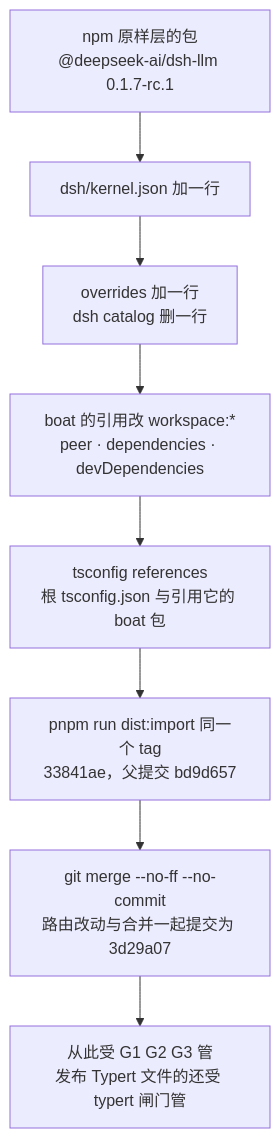
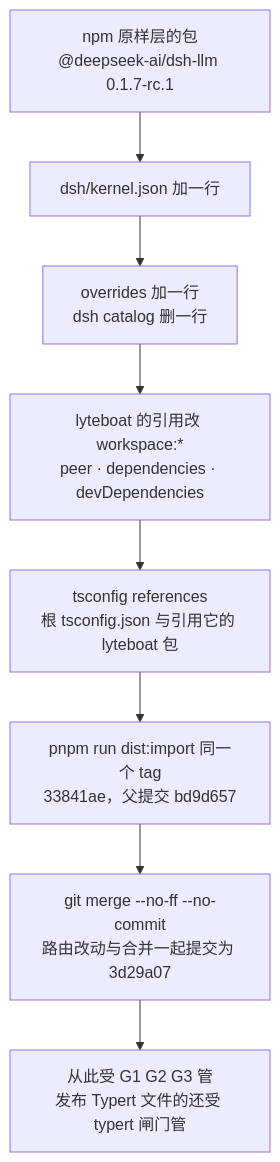
Before and after one commit to lyteboat/boat: the eighth of 13 diagrams in docs/02-distribution.md, drawn with Mermaid. The commit also changed other lines of this file and 316 other files, not shown here.

````diff
--- a/docs/02-distribution.md
+++ b/docs/02-distribution.md
@@ -904,10 +904,10 @@
 ```mermaid
 flowchart TB
   A["npm 原样层的包<br/>@deepseek-ai/dsh-llm 0.1.7-rc.1"] --> B["dsh/kernel.json 加一行"]
   B --> C["overrides 加一行<br/>dsh catalog 删一行"]
-  C --> D["boat 的引用改 workspace:*<br/>peer · dependencies · devDependencies"]
-  D --> E["tsconfig references<br/>根 tsconfig.json 与引用它的 boat 包"]
+  C --> D["lyteboat 的引用改 workspace:*<br/>peer · dependencies · devDependencies"]
+  D --> E["tsconfig references<br/>根 tsconfig.json 与引用它的 lyteboat 包"]
   E --> F["pnpm run dist:import 同一个 tag<br/>33841ae，父提交 bd9d657"]
   F --> G["git merge --no-ff --no-commit<br/>路由改动与合并一起提交为 3d29a07"]
   G --> H["从此受 G1 G2 G3 管<br/>发布 Typert 文件的还受 typert 闸门管"]
 ```
````
